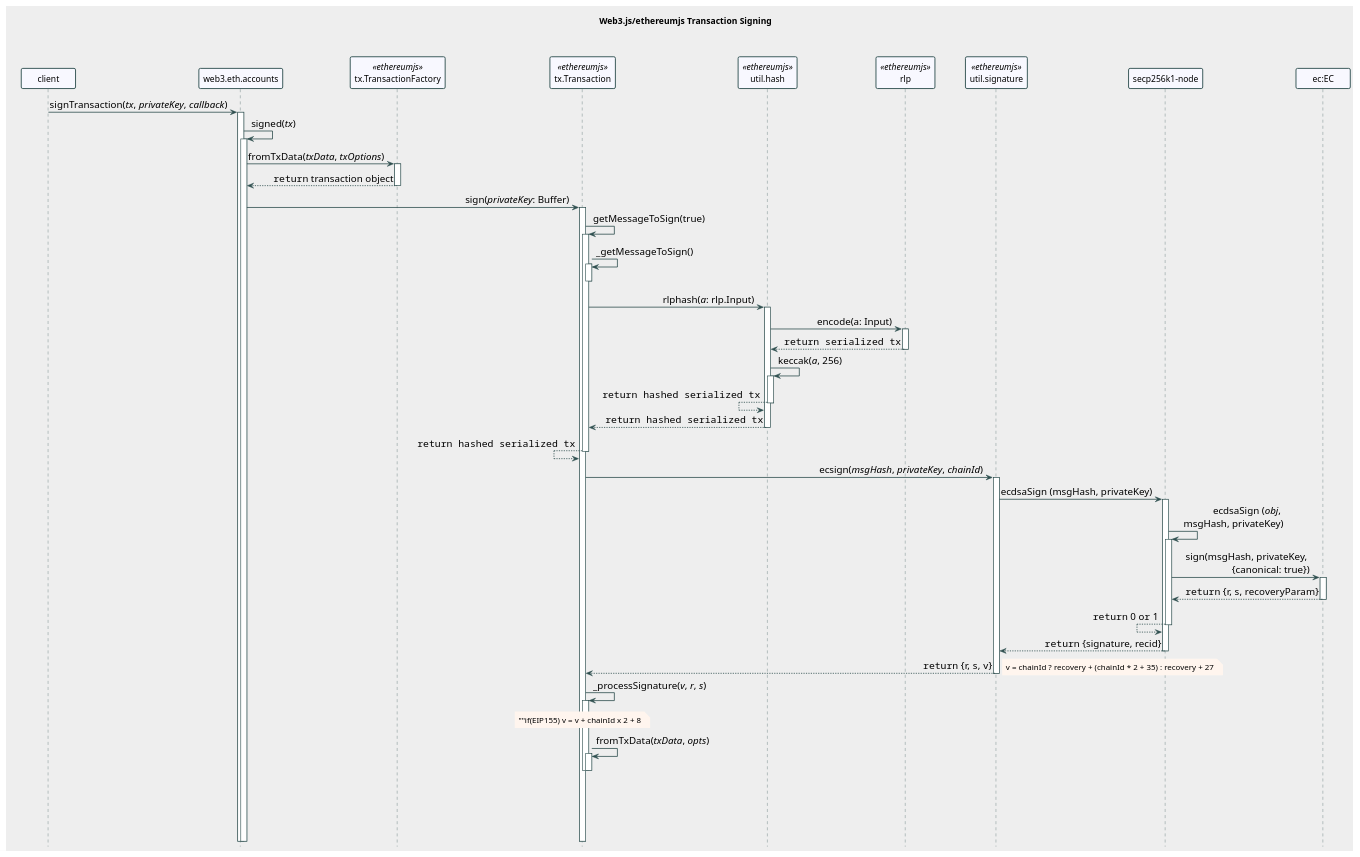
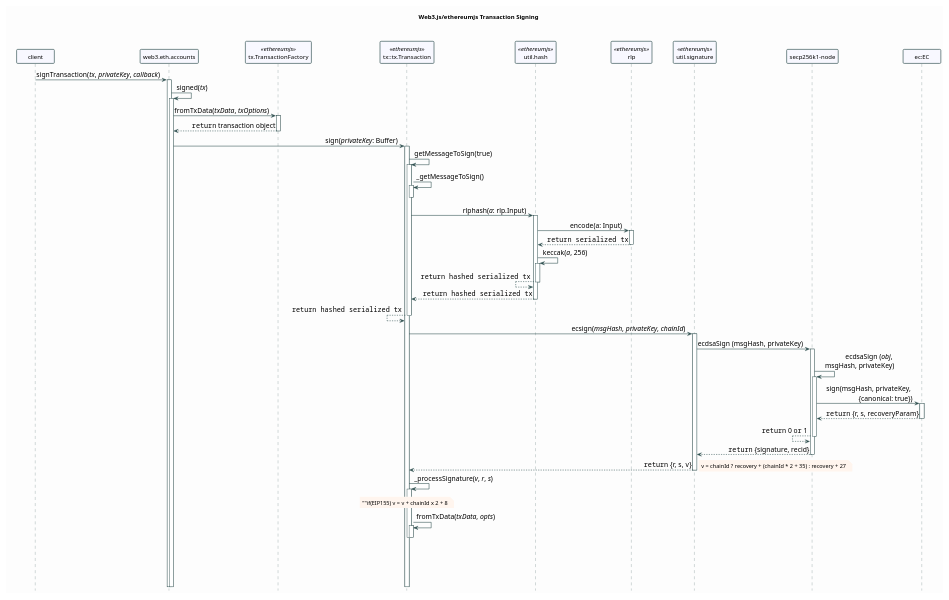
One commit to 3rdstage/models changed the first of 2 diagrams in blockchain/signing/transaction-signing-workflow-web3js.plantuml. Above: the diagram before and after it, drawn with PlantUML. The commit also changed 4 other files, not shown here.

```diff
--- a/blockchain/signing/transaction-signing-workflow-web3js.plantuml
+++ b/blockchain/signing/transaction-signing-workflow-web3js.plantuml
@@ -1,134 +1,129 @@
 @startuml
 
 ' https://plantuml.com/class-diagram
 ' https://plantuml.com/sequence-diagram
 ' https://plantuml-documentation.readthedocs.io/en/latest/formatting/all-skin-params.html
 ' https://plantuml-documentation.readthedocs.io/en/latest/formatting/all-skin-params.html#class
 ' https://plantuml.com/creole
 ' https://www.w3schools.com/colors/colors_names.asp
 
 skinparam {
   'DefaultFontName Consolas
   DefaultFontName Monaco
   'DefaultFontName Lucida Console
   DefaultMonospacedFontName Consolas
   'DefaultFontStyle bold
 
   'BackgroundColor transparent
-  BackgroundColor #eeeeee
+  BackgroundColor #fdfdfd
   PageMargin 10
   BoxPadding 100
   ParticipantPadding 20
 
   ArrowFontSize 16
   ArrowThickness 1
   MinClassWidth 75
   ClassFontStyle bold
 
   NoteBackgroundColor SeaShell
   NoteBorderColor transparent
   NoteShadowing false
 }
 
 
 skinparam Sequence{
 
   ParticipantFontName Consolas
   ArrowFontName Consolas
 
   DividerBorderThickness 1.5
   ReferenceBorderThickness 1.5
   MessageAlignment right
 
   ArrowColor DarkSlateGray
   ArrowThickness 1.3
   LifeLineBorderColor DarkSlateGray
   LifeLineBorderThickness 1.3
 
   ActorBorderColor DarkSlateGray
   ActorBackgroundColor GhostWhite
   ParticipantBorderColor DarkSlateGray
   ParticipantBorderThickness 1.5
   ParticipantBackgroundColor GhostWhite
 
   'BoxBackgroundColor transparent
   'BoxBorderColor transparent
 
   GroupBorderThickness 1.3
   GroupBorderColor DarkBlue
   GroupBodyBackgroundColor Azure
 }
 
 skinparam Group{
   BorderThickness 1.3
   BorderShadowing true
 }
 
-
+scale max 1536 width
 hide Circle
 hide Footbox
 title Web3.js/ethereumjs Transaction Signing\n\n
 'caption
 
-
 participant client
 participant "web3.eth.accounts" as accts
 participant "tx.TransactionFactory" as factory <<ethereumjs>>
-participant "tx.Transaction" as tx <<ethereumjs>>
+participant "tx::tx.Transaction" as tx <<ethereumjs>>
 participant "util.hash" as hash <<ethereumjs>>
 participant "rlp" as rlp <<ethereumjs>>
 participant "util.signature" as signature <<ethereumjs>>
 participant "secp256k1-node" as secp256k1
 participant "ec:EC" as ec
 
 url of accts is [[https://github.com/ChainSafe/web3.js/blob/v1.7.0/packages/web3-eth-accounts/src/index.js]]
 url of factory is [[https://github.com/ethereumjs/ethereumjs-monorepo/blob/6e41fb32a4916cff53ec940d94e3c238f3c20d5f/packages/tx/src/transactionFactory.ts]]
 url of tx is [[https://github.com/ethereumjs/ethereumjs-monorepo/blob/6e41fb32a4916cff53ec940d94e3c238f3c20d5f/packages/tx/src/legacyTransaction.ts]]
 url of hash is [[https://github.com/ethereumjs/ethereumjs-monorepo/blob/6e41fb32a4916cff53ec940d94e3c238f3c20d5f/packages/util/src/hash.ts]]
 url of rlp is [[https://github.com/ethereumjs/rlp/blob/a0fc75b76e08939d9db5162640ba4363f6ce296e/src/index.ts]]
 url of signature is [[https://github.com/ethereumjs/ethereumjs-monorepo/blob/6e41fb32a4916cff53ec940d94e3c238f3c20d5f/packages/util/src/signature.ts]]
 url of secp256k1 is [[https://github.com/cryptocoinjs/secp256k1-node/tree/f73cd3a2b95ec6f549a2feabfbf2b8f17b30dcc7]]
 url of ec is [[https://github.com/indutny/elliptic/blob/43ac7f230069bd1575e1e4a58394a512303ba803/lib/elliptic/ec/index.js]]
 
 client -> accts ++ [[https://github.com/ChainSafe/web3.js/blob/v1.7.0/packages/web3-eth-accounts/src/index.js#L146]] : signTransaction(//tx//, //privateKey//, //callback//)
   accts -> accts ++ [[https://github.com/ChainSafe/web3.js/blob/v1.7.0/packages/web3-eth-accounts/src/index.js#L182]] : signed(//tx//)
     accts -> factory ++ [[https://github.com/ethereumjs/ethereumjs-monorepo/blob/@ethereumjs/tx@3.3.2/packages/tx/src/transactionFactory.ts#L22]] : fromTxData(//txData//, //txOptions//)
       accts <-- factory -- : <font:courier>return</font> transaction object
     accts -> tx ++ [[https://github.com/ethereumjs/ethereumjs-monorepo/blob/@ethereumjs/tx@3.3.2/packages/tx/src/baseTransaction.ts#L282]] : sign(//privateKey//: Buffer)
       tx -> tx ++ [[https://github.com/ethereumjs/ethereumjs-monorepo/blob/6e41fb32a4916cff53ec940d94e3c238f3c20d5f/packages/tx/src/legacyTransaction.ts#L210]] : getMessageToSign(true)
         tx -> tx ++ [[https://github.com/ethereumjs/ethereumjs-monorepo/blob/6e41fb32a4916cff53ec940d94e3c238f3c20d5f/packages/tx/src/legacyTransaction.ts#L176]] : _getMessageToSign()
           tx --
         tx -> hash ++ [[https://github.com/ethereumjs/ethereumjs-monorepo/blob/6e41fb32a4916cff53ec940d94e3c238f3c20d5f/packages/util/src/hash.ts#L157]] : rlphash(//a//: rlp.Input)
           hash -> rlp ++ [[https://github.com/ethereumjs/rlp/blob/a0fc75b76e08939d9db5162640ba4363f6ce296e/src/index.ts#L14]] : encode(a: Input)
             hash <-- rlp -- : <font:courier>return serialized tx</font>
           hash -> hash ++ [[https://github.com/ethereumjs/ethereumjs-monorepo/blob/6e41fb32a4916cff53ec940d94e3c238f3c20d5f/packages/util/src/hash.ts#L12]] : keccak(//a//, 256)
             hash <-- hash -- : <font:courier>return hashed serialized tx</font>
           tx <-- hash -- : <font:courier>return hashed serialized tx</font>
         tx <-- tx -- : <font:courier>return hashed serialized tx</font>
       tx -> signature ++ [[https://github.com/ethereumjs/ethereumjs-monorepo/blob/6e41fb32a4916cff53ec940d94e3c238f3c20d5f/packages/util/src/signature.ts#L25]] : ecsign(//msgHash//, //privateKey//, //chainId//)
         signature -> secp256k1 ++ [[https://github.com/cryptocoinjs/secp256k1-node/blob/f73cd3a2b95ec6f549a2feabfbf2b8f17b30dcc7/lib/index.js#L252]] :  ecdsaSign (msgHash, privateKey)
           secp256k1 -> secp256k1 ++ [[https://github.com/cryptocoinjs/secp256k1-node/blob/f73cd3a2b95ec6f549a2feabfbf2b8f17b30dcc7/lib/elliptic.js#L302]] : ecdsaSign (//obj//, \n   msgHash, privateKey)
             secp256k1 -> ec ++ [[https://github.com/indutny/elliptic/blob/43ac7f230069bd1575e1e4a58394a512303ba803/lib/elliptic/ec/index.js#L91]] : sign(msgHash, privateKey, \n   {canonical: true})
               secp256k1 <-- ec -- : <font:courier>return</font> {r, s, recoveryParam}
             secp256k1 <-- secp256k1 -- : <font:courier>return</font> 0 <font:courier>or</font> 1
           signature <-- secp256k1 --: <font:courier>return</font> {signature, recid}
         tx <-- signature -- : <font:courier>return</font> {r, s, v}
         note right
         ""v = chainId ? recovery + (chainId * 2 + 35) : recovery + 27""
         end note
       tx -> tx ++ [[https://github.com/ethereumjs/ethereumjs-monorepo/blob/6e41fb32a4916cff53ec940d94e3c238f3c20d5f/packages/tx/src/legacyTransaction.ts#L301]] : _processSignature(//v//, //r//, //s//)
         note over tx
         ""if(EIP155) v = v + chainId x 2 + 8
         end note
         tx -> tx ++ [[https://github.com/ethereumjs/ethereumjs-monorepo/blob/6e41fb32a4916cff53ec940d94e3c238f3c20d5f/packages/tx/src/legacyTransaction.ts#L33]] : fromTxData(//txData//, //opts//)
           tx --
         tx --
 
 
-
-
-
-
 ||100||
 
 @enduml
```
